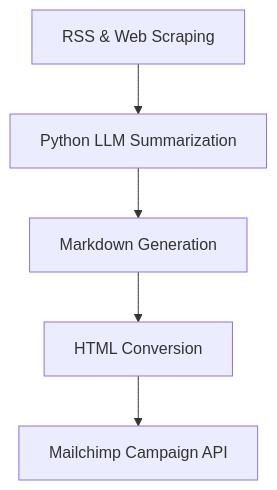
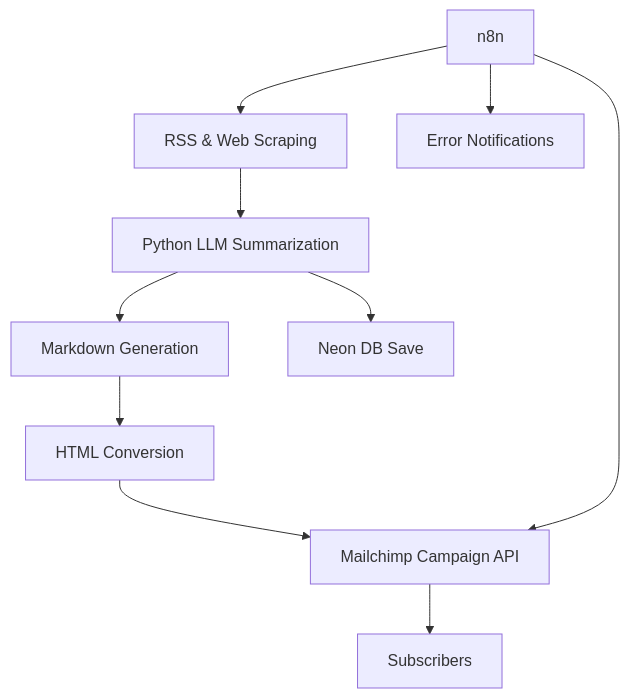
The diagram in README.md (deswalcodes/gtm-newsletter), drawn with Mermaid before and after one commit.

````diff
--- a/README.md
+++ b/README.md
@@ -50,7 +50,12 @@
 ```mermaid
 flowchart TD
   A[RSS & Web Scraping] --> B[Python LLM Summarization]
   B --> C[Markdown Generation]
   C --> D[HTML Conversion]
   D --> E[Mailchimp Campaign API]
+  B --> F[Neon DB Save]
+  E --> G[Subscribers]
+  H[n8n] --> A
+  H --> E
+  H --> I[Error Notifications]
 ```
````
